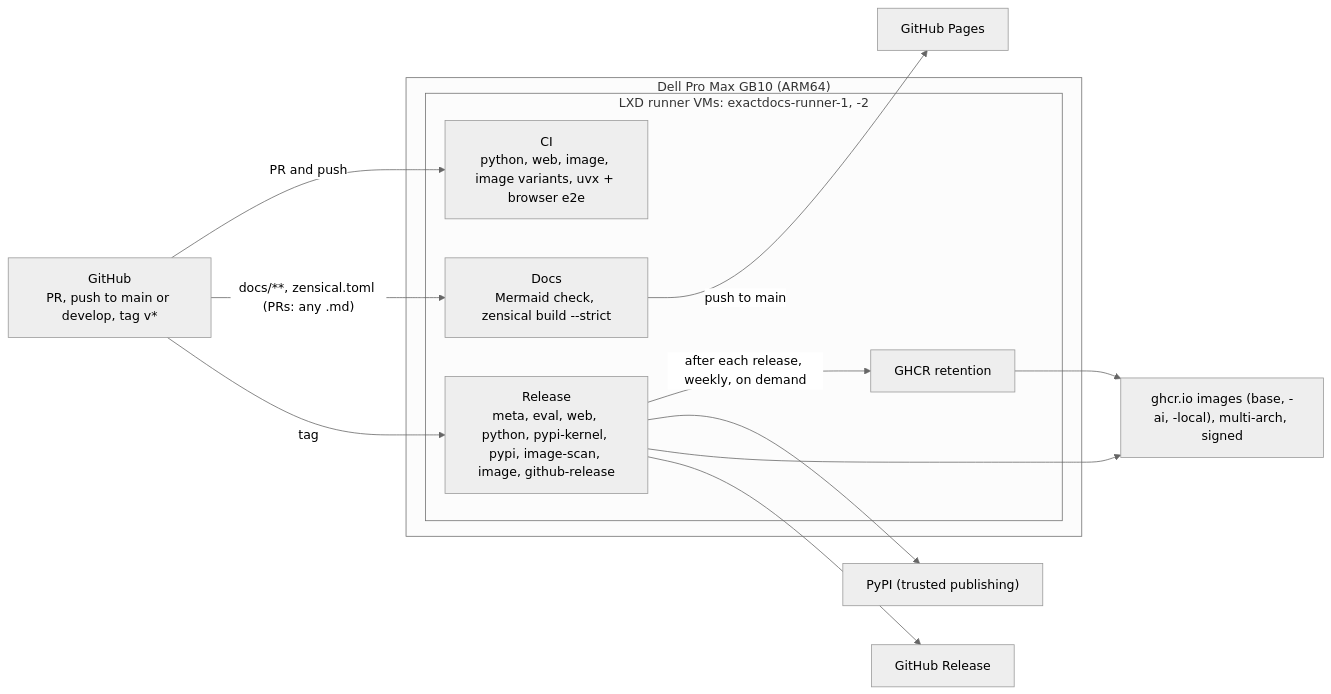
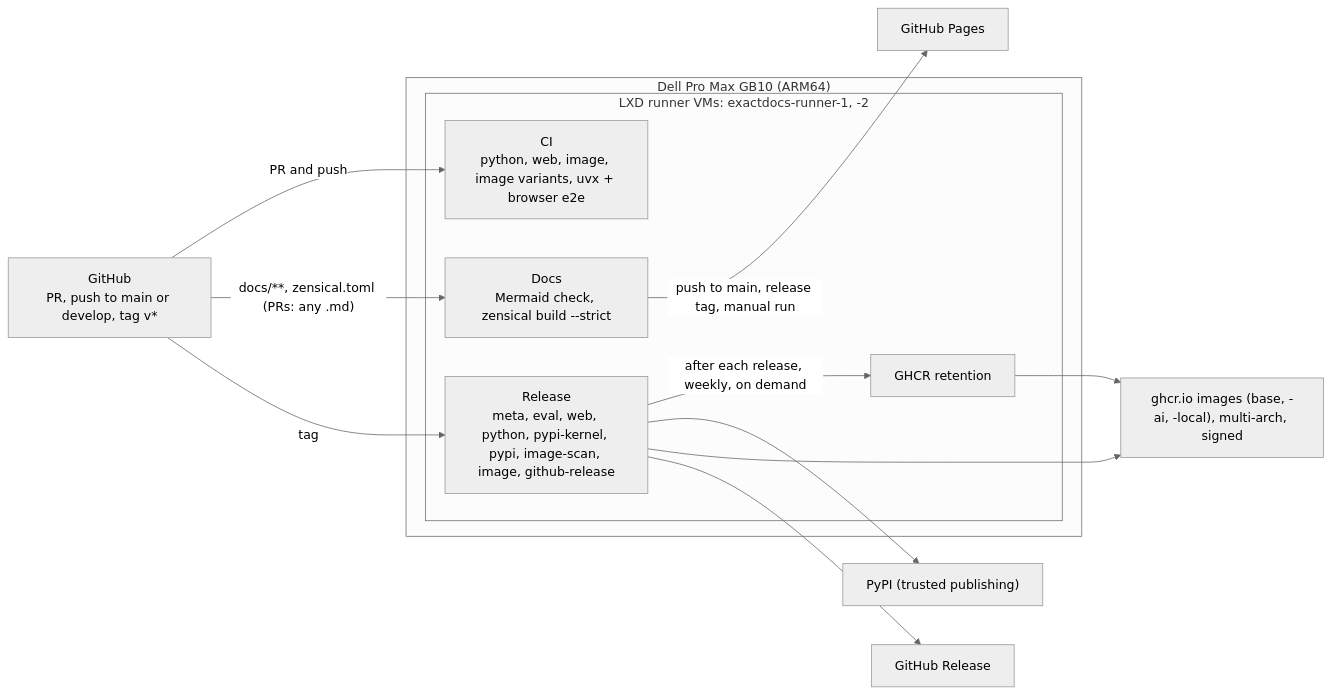
One commit to SirCypkowskyy/ExactDocs changed the second of 2 diagrams in docs/releasing.md. Above: the diagram before and after it, drawn with Mermaid (neutral theme). The commit also changed 13 other files, not shown here.

First line of the commit message:
docs: README and the main docs pages read well for a public release (#387)

````diff
--- a/docs/releasing.md
+++ b/docs/releasing.md
@@ -313,21 +313,21 @@
 ```mermaid
 flowchart LR
     gh["GitHub<br/>PR, push to main or develop, tag v*"]
     subgraph gb10 ["Dell Pro Max GB10 (ARM64)"]
         subgraph vms ["LXD runner VMs: exactdocs-runner-1, -2"]
             ci["CI<br/>python, web, image, image variants, uvx + browser e2e"]
             docs["Docs<br/>Mermaid check, zensical build --strict"]
             rel["Release<br/>meta, eval, web, python, pypi-kernel, pypi, image-scan, image, github-release"]
             ret["GHCR retention"]
         end
     end
     gh -->|PR and push| ci
     gh -->|"docs/**, zensical.toml (PRs: any .md)"| docs
     gh -->|tag| rel
     rel -->|after each release, weekly, on demand| ret
-    docs -->|push to main| pages["GitHub Pages"]
+    docs -->|"push to main, release tag, manual run"| pages["GitHub Pages"]
     rel --> pypi["PyPI (trusted publishing)"]
     rel --> ghcr["ghcr.io images (base, -ai, -local), multi-arch, signed"]
     rel --> ghrel["GitHub Release"]
     ret --> ghcr
 ```
````
